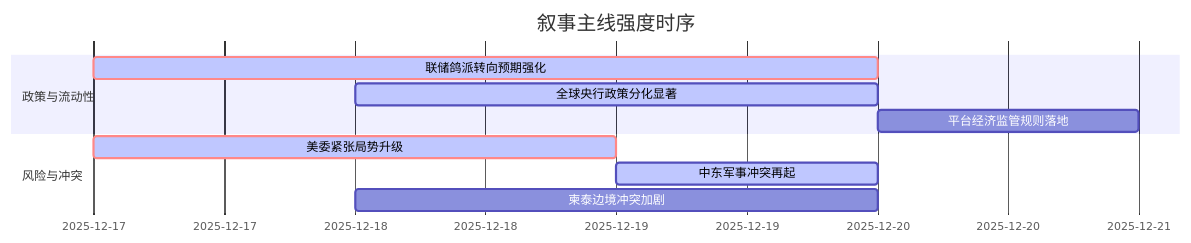
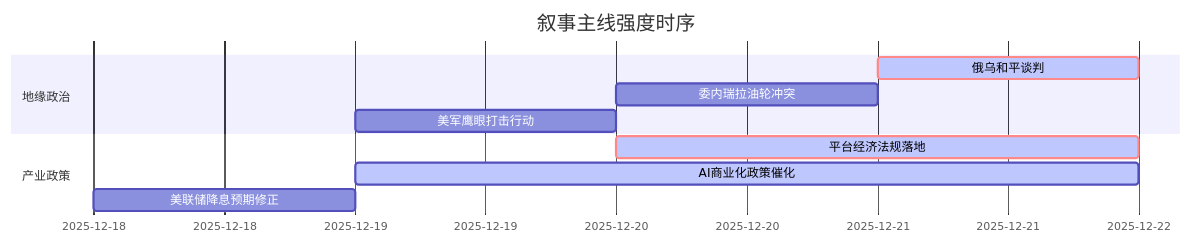
The diagram in README.md (uu5zn/uu5zn.github.io), drawn with Mermaid before and after one commit. The commit also changed other lines of this file, not shown here.

````diff
--- a/README.md
+++ b/README.md
@@ -56,14 +52,14 @@
 ```mermaid
 gantt
     title 叙事主线强度时序
     dateFormat  YYYY-MM-DD
-    section 政策与流动性
-    联储鸽派转向预期强化   :crit, active, 2025-12-17, 3d
-    全球央行政策分化显著   :active, 2025-12-18, 2d
-    平台经济监管规则落地   :2025-12-20, 1d
+    section 地缘政治
+    俄乌和平谈判   :crit, active, 2025-12-21, 1d
+    委内瑞拉油轮冲突   :2025-12-20, 1d
+    美军鹰眼打击行动   :2025-12-19, 1d
     
-    section 风险与冲突
-    美委紧张局势升级   :crit, active, 2025-12-17, 2d
-    中东军事冲突再起   :active, 2025-12-19, 1d
-    柬泰边境冲突加剧   :2025-12-18, 2d
+    section 产业政策
+    平台经济法规落地   :crit, active, 2025-12-20, 2d
+    AI商业化政策催化   :active, 2025-12-19, 3d
+    美联储降息预期修正   :2025-12-18, 1d
 ```
````
